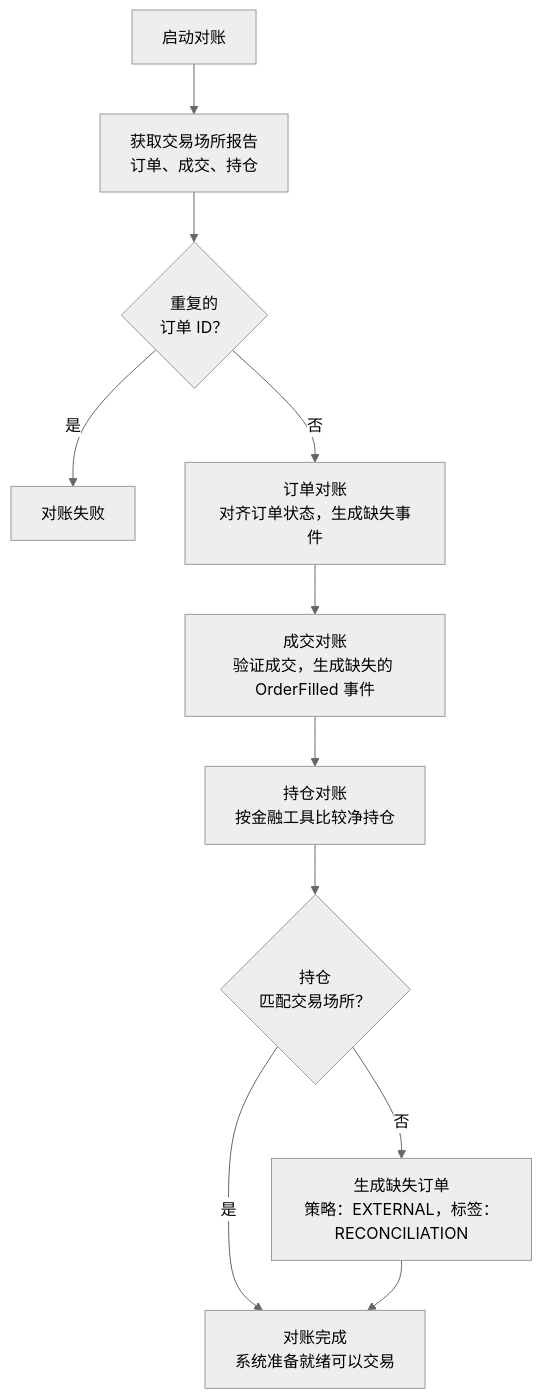
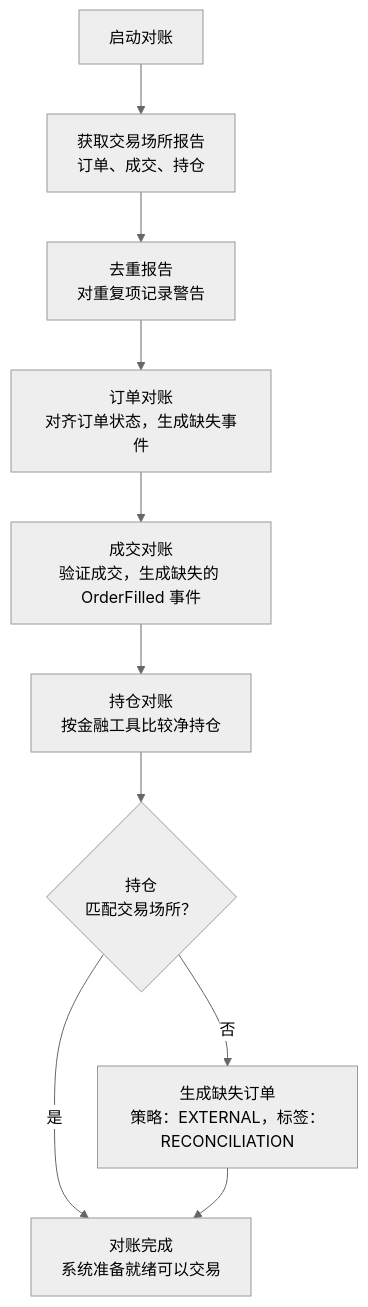
The diagram in docs_zh/concepts/live.md (wukai9203/nautilus_trader), drawn with Mermaid (neutral theme) before and after one commit. The commit also changed other lines of this file and 101 other files, not shown here.

````diff
--- a/docs_zh/concepts/live.md
+++ b/docs_zh/concepts/live.md
@@ -417,13 +138,12 @@
 ```mermaid
 flowchart TD
     Start[启动对账] --> Fetch[获取交易场所报告<br/>订单、成交、持仓]
-    Fetch --> Dup{重复的<br/>订单 ID？}
-    Dup -->|是| Fail[对账失败]
-    Dup -->|否| Orders[订单对账<br/>对齐订单状态，生成缺失事件]
+    Fetch --> Dedup[去重报告<br/>对重复项记录警告]
+    Dedup --> Orders[订单对账<br/>对齐订单状态，生成缺失事件]
     Orders --> Fills[成交对账<br/>验证成交，生成缺失的 OrderFilled 事件]
     Fills --> Pos[持仓对账<br/>按金融工具比较净持仓]
     Pos --> Match{持仓<br/>匹配交易场所？}
     Match -->|是| Done[对账完成<br/>系统准备就绪可以交易]
     Match -->|否| Gen[生成缺失订单<br/>策略：EXTERNAL，标签：RECONCILIATION]
     Gen --> Done
 ```
````
